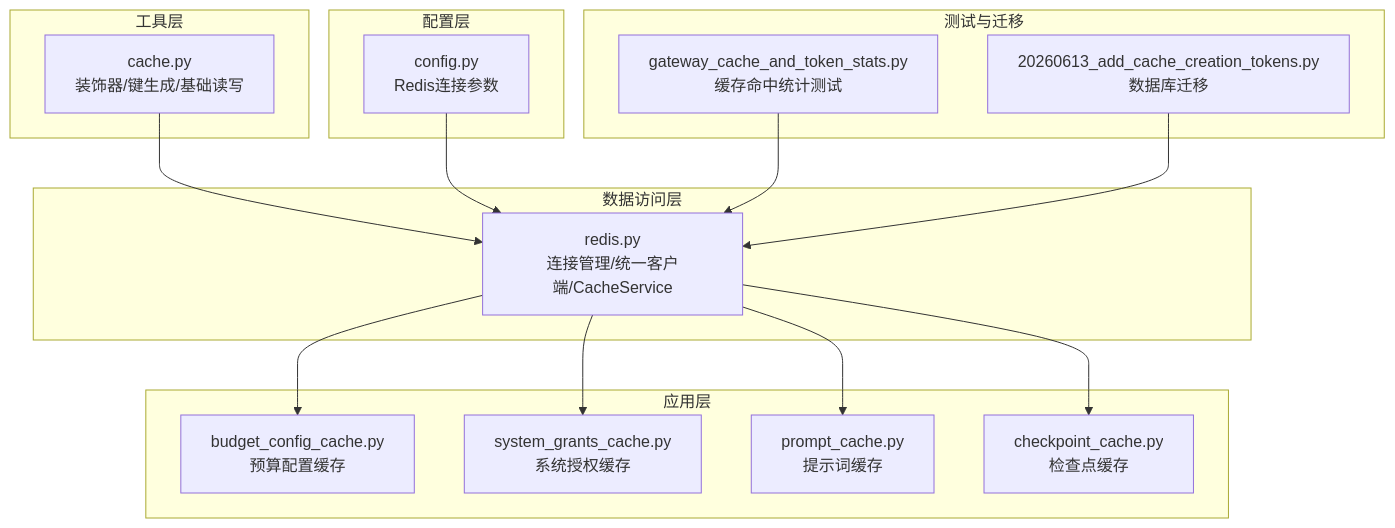
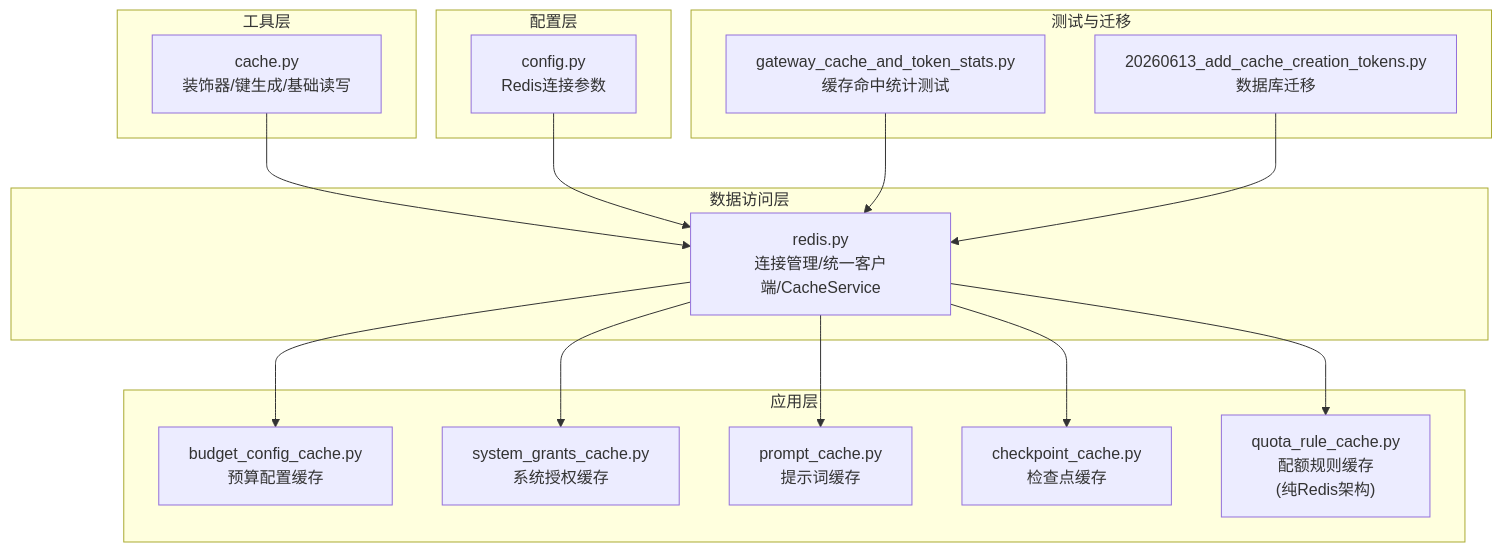
Before and after one commit to tianyehedashu/ai-agent: the first of 7 diagrams in .qoder/repowiki/zh/content/后端服务架构/基础设施层/缓存系统.md, drawn with Mermaid. The commit also changed other lines of this file and 50 other files, not shown here.

````diff
--- a/.qoder/repowiki/zh/content/后端服务架构/基础设施层/缓存系统.md
+++ b/.qoder/repowiki/zh/content/后端服务架构/基础设施层/缓存系统.md
@@ -40,30 +50,32 @@
 ```mermaid
 graph TB
 subgraph "工具层"
 U1["cache.py<br/>装饰器/键生成/基础读写"]
 end
 subgraph "数据访问层"
 D1["redis.py<br/>连接管理/统一客户端/CacheService"]
 end
 subgraph "应用层"
 A1["budget_config_cache.py<br/>预算配置缓存"]
 A2["system_grants_cache.py<br/>系统授权缓存"]
 A3["prompt_cache.py<br/>提示词缓存"]
 A4["checkpoint_cache.py<br/>检查点缓存"]
+A5["quota_rule_cache.py<br/>配额规则缓存<br/>(纯Redis架构)"]
 end
 subgraph "配置层"
 C1["config.py<br/>Redis连接参数"]
 end
 subgraph "测试与迁移"
 T1["gateway_cache_and_token_stats.py<br/>缓存命中统计测试"]
 M1["20260613_add_cache_creation_tokens.py<br/>数据库迁移"]
 end
 U1 --> D1
 D1 --> A1
 D1 --> A2
 D1 --> A3
 D1 --> A4
+D1 --> A5
 C1 --> D1
 T1 --> D1
 M1 --> D1
 ```
````
